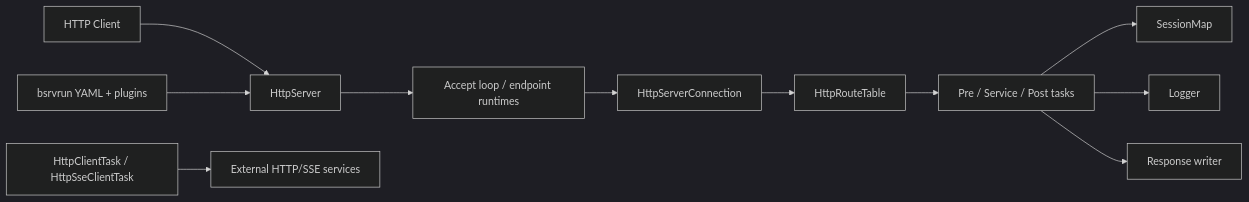
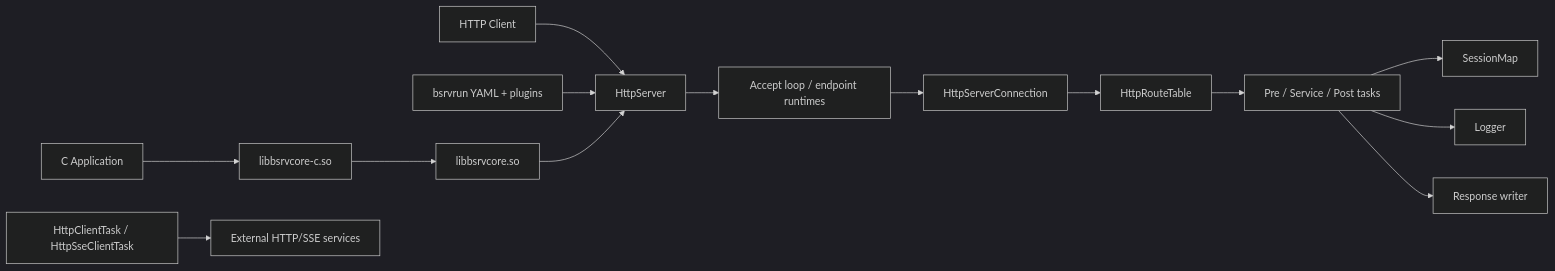
Before and after one commit to haomingbai/bsrvcore: the diagram in docs/design/architecture-overview.md, drawn with Mermaid (dark theme). The commit also changed other lines of this file and 8 other files, not shown here.

````diff
--- a/docs/design/architecture-overview.md
+++ b/docs/design/architecture-overview.md
@@ -22,13 +25,16 @@
 ```mermaid
 flowchart LR
     Client["HTTP Client"] --> Server["HttpServer"]
+    CApp["C Application"] --> CAbi["libbsrvcore-c.so"]
+    CAbi --> ServerLib["libbsrvcore.so"]
     Runtime["bsrvrun YAML + plugins"] --> Server
+    ServerLib --> Server
     Server --> Accept["Accept loop / endpoint runtimes"]
     Accept --> Conn["HttpServerConnection"]
     Conn --> Route["HttpRouteTable"]
     Route --> Tasks["Pre / Service / Post tasks"]
     Tasks --> Session["SessionMap"]
     Tasks --> Logger["Logger"]
     Tasks --> Response["Response writer"]
     ClientTasks["HttpClientTask / HttpSseClientTask"] --> External["External HTTP/SSE services"]
 ```
````
